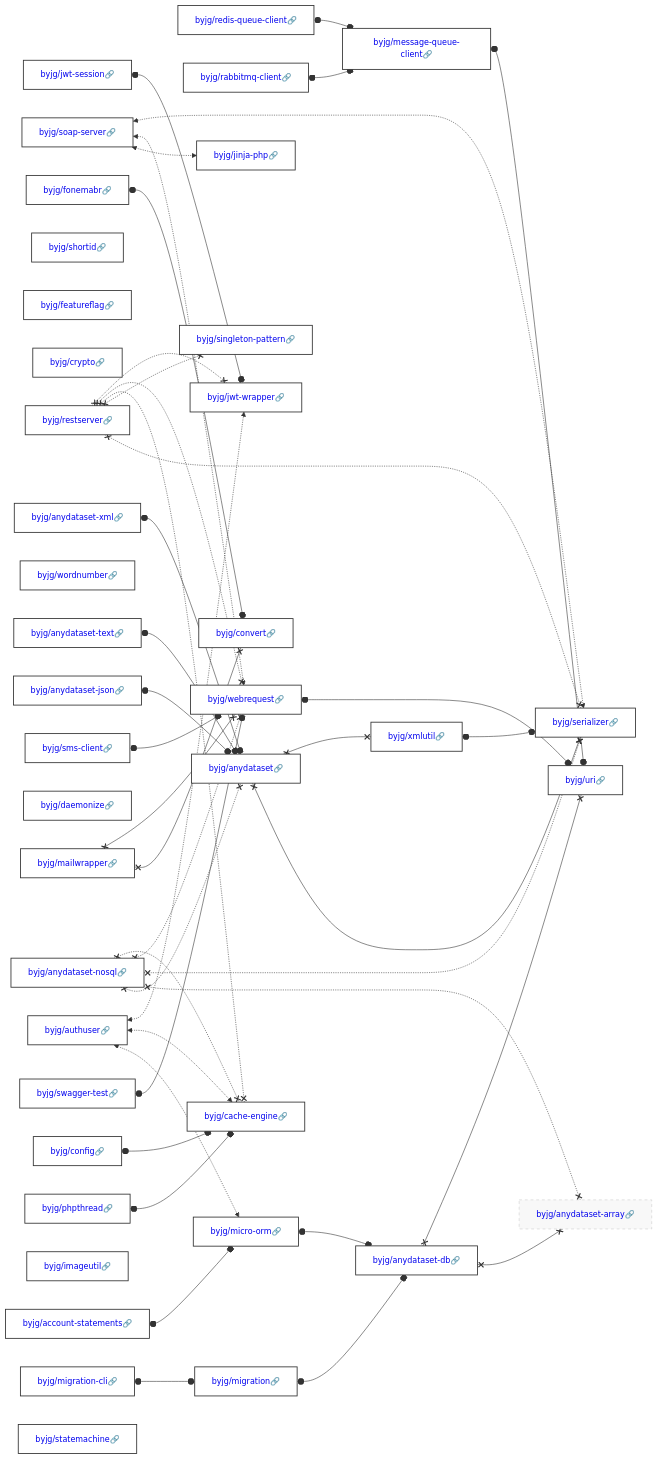
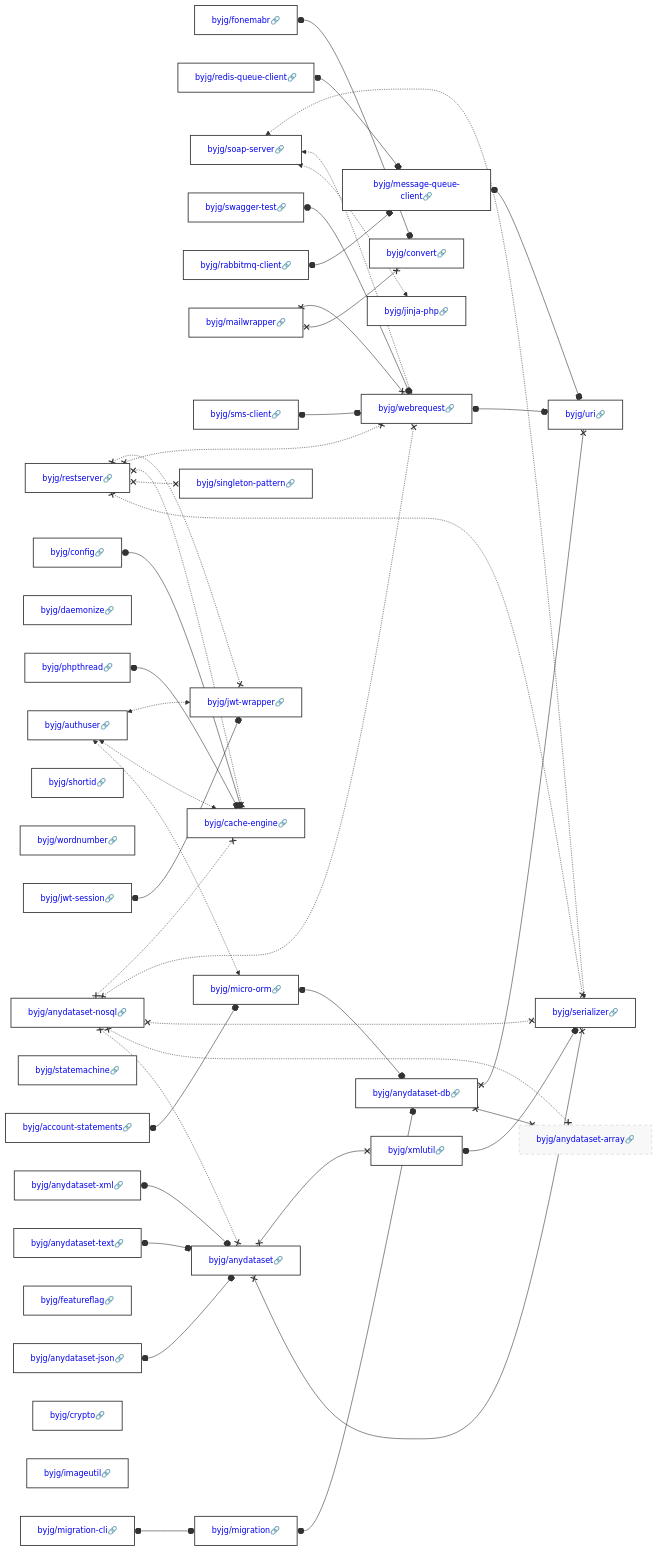
Before and after one commit to byjg/byjg.github.io: the diagram in docs/php/README.md, drawn with Mermaid. The commit also changed other lines of this file and 15 other files, not shown here.

Commit message:
Update documentation 'php' 'php-cache-engine'

````diff
--- a/docs/php/README.md
+++ b/docs/php/README.md
@@ -3,39 +3,39 @@
 ```mermaid
 graph LR;
+  byjg/fonemabr[<a href='https://opensource.byjg.com/docs/php/fonemabr' style='text-decoration:none'>byjg/fonemabr🔗</a>];
+  byjg/redis-queue-client[<a href='https://opensource.byjg.com/docs/php/redis-queue-client' style='text-decoration:none'>byjg/redis-queue-client🔗</a>];
   byjg/anydataset-nosql[<a href='https://opensource.byjg.com/docs/php/anydataset-nosql' style='text-decoration:none'>byjg/anydataset-nosql🔗</a>];
+  byjg/phpthread[<a href='https://opensource.byjg.com/docs/php/phpthread' style='text-decoration:none'>byjg/phpthread🔗</a>];
+  byjg/daemonize[<a href='https://opensource.byjg.com/docs/php/daemonize' style='text-decoration:none'>byjg/daemonize🔗</a>];
+  byjg/anydataset-json[<a href='https://opensource.byjg.com/docs/php/anydataset-json' style='text-decoration:none'>byjg/anydataset-json🔗</a>];
   byjg/soap-server[<a href='https://opensource.byjg.com/docs/php/soap-server' style='text-decoration:none'>byjg/soap-server🔗</a>];
+  byjg/account-statements[<a href='https://opensource.byjg.com/docs/php/account-statements' style='text-decoration:none'>byjg/account-statements🔗</a>];
+  byjg/shortid[<a href='https://opensource.byjg.com/docs/php/shortid' style='text-decoration:none'>byjg/shortid🔗</a>];
+  byjg/swagger-test[<a href='https://opensource.byjg.com/docs/php/swagger-test' style='text-decoration:none'>byjg/swagger-test🔗</a>];
+  byjg/wordnumber[<a href='https://opensource.byjg.com/docs/php/wordnumber' style='text-decoration:none'>byjg/wordnumber🔗</a>];
+  byjg/rabbitmq-client[<a href='https://opensource.byjg.com/docs/php/rabbitmq-client' style='text-decoration:none'>byjg/rabbitmq-client🔗</a>];
+  byjg/config[<a href='https://opensource.byjg.com/docs/php/config' style='text-decoration:none'>byjg/config🔗</a>];
+  byjg/authuser[<a href='https://opensource.byjg.com/docs/php/authuser' style='text-decoration:none'>byjg/authuser🔗</a>];
+  byjg/statemachine[<a href='https://opensource.byjg.com/docs/php/statemachine' style='text-decoration:none'>byjg/statemachine🔗</a>];
+  byjg/mailwrapper[<a href='https://opensource.byjg.com/docs/php/mailwrapper' style='text-decoration:none'>byjg/mailwrapper🔗</a>];
+  byjg/sms-client[<a href='https://opensource.byjg.com/docs/php/sms-client' style='text-decoration:none'>byjg/sms-client🔗</a>];
+  byjg/migration-cli[<a href='https://opensource.byjg.com/docs/php/migration-cli' style='text-decoration:none'>byjg/migration-cli🔗</a>];
   byjg/jwt-session[<a href='https://opensource.byjg.com/docs/php/jwt-session' style='text-decoration:none'>byjg/jwt-session🔗</a>];
-  byjg/shortid[<a href='https://opensource.byjg.com/docs/php/shortid' style='text-decoration:none'>byjg/shortid🔗</a>];
+  byjg/anydataset-text[<a href='https://opensource.byjg.com/docs/php/anydataset-text' style='text-decoration:none'>byjg/anydataset-text🔗</a>];
   byjg/featureflag[<a href='https://opensource.byjg.com/docs/php/featureflag' style='text-decoration:none'>byjg/featureflag🔗</a>];
+  byjg/restserver[<a href='https://opensource.byjg.com/docs/php/restserver' style='text-decoration:none'>byjg/restserver🔗</a>];
   byjg/crypto[<a href='https://opensource.byjg.com/docs/php/crypto' style='text-decoration:none'>byjg/crypto🔗</a>];
-  byjg/redis-queue-client[<a href='https://opensource.byjg.com/docs/php/redis-queue-client' style='text-decoration:none'>byjg/redis-queue-client🔗</a>];
-  byjg/migration-cli[<a href='https://opensource.byjg.com/docs/php/migration-cli' style='text-decoration:none'>byjg/migration-cli🔗</a>];
-  byjg/config[<a href='https://opensource.byjg.com/docs/php/config' style='text-decoration:none'>byjg/config🔗</a>];
-  byjg/wordnumber[<a href='https://opensource.byjg.com/docs/php/wordnumber' style='text-decoration:none'>byjg/wordnumber🔗</a>];
-  byjg/anydataset-json[<a href='https://opensource.byjg.com/docs/php/anydataset-json' style='text-decoration:none'>byjg/anydataset-json🔗</a>];
-  byjg/restserver[<a href='https://opensource.byjg.com/docs/php/restserver' style='text-decoration:none'>byjg/restserver🔗</a>];
-  byjg/authuser[<a href='https://opensource.byjg.com/docs/php/authuser' style='text-decoration:none'>byjg/authuser🔗</a>];
-  byjg/daemonize[<a href='https://opensource.byjg.com/docs/php/daemonize' style='text-decoration:none'>byjg/daemonize🔗</a>];
-  byjg/rabbitmq-client[<a href='https://opensource.byjg.com/docs/php/rabbitmq-client' style='text-decoration:none'>byjg/rabbitmq-client🔗</a>];
-  byjg/mailwrapper[<a href='https://opensource.byjg.com/docs/php/mailwrapper' style='text-decoration:none'>byjg/mailwrapper🔗</a>];
-  byjg/fonemabr[<a href='https://opensource.byjg.com/docs/php/fonemabr' style='text-decoration:none'>byjg/fonemabr🔗</a>];
-  byjg/swagger-test[<a href='https://opensource.byjg.com/docs/php/swagger-test' style='text-decoration:none'>byjg/swagger-test🔗</a>];
-  byjg/sms-client[<a href='https://opensource.byjg.com/docs/php/sms-client' style='text-decoration:none'>byjg/sms-client🔗</a>];
-  byjg/account-statements[<a href='https://opensource.byjg.com/docs/php/account-statements' style='text-decoration:none'>byjg/account-statements🔗</a>];
+  byjg/imageutil[<a href='https://opensource.byjg.com/docs/php/imageutil' style='text-decoration:none'>byjg/imageutil🔗</a>];
   byjg/anydataset-xml[<a href='https://opensource.byjg.com/docs/php/anydataset-xml' style='text-decoration:none'>byjg/anydataset-xml🔗</a>];
-  byjg/imageutil[<a href='https://opensource.byjg.com/docs/php/imageutil' style='text-decoration:none'>byjg/imageutil🔗</a>];
-  byjg/phpthread[<a href='https://opensource.byjg.com/docs/php/phpthread' style='text-decoration:none'>byjg/phpthread🔗</a>];
-  byjg/anydataset-text[<a href='https://opensource.byjg.com/docs/php/anydataset-text' style='text-decoration:none'>byjg/anydataset-text🔗</a>];
-  byjg/statemachine[<a href='https://opensource.byjg.com/docs/php/statemachine' style='text-decoration:none'>byjg/statemachine🔗</a>];
   byjg/jinja-php[<a href='https://opensource.byjg.com/docs/php/jinja-php' style='text-decoration:none'>byjg/jinja-php🔗</a>];
+  byjg/message-queue-client[<a href='https://opensource.byjg.com/docs/php/message-queue-client' style='text-decoration:none'>byjg/message-queue-client🔗</a>];
+  byjg/micro-orm[<a href='https://opensource.byjg.com/docs/php/micro-orm' style='text-decoration:none'>byjg/micro-orm🔗</a>];
+  byjg/convert[<a href='https://opensource.byjg.com/docs/php/convert' style='text-decoration:none'>byjg/convert🔗</a>];
   byjg/migration[<a href='https://opensource.byjg.com/docs/php/migration' style='text-decoration:none'>byjg/migration🔗</a>];
   byjg/singleton-pattern[<a href='https://opensource.byjg.com/docs/php/singleton-pattern' style='text-decoration:none'>byjg/singleton-pattern🔗</a>];
+  byjg/cache-engine[<a href='https://opensource.byjg.com/docs/php/cache-engine' style='text-decoration:none'>byjg/cache-engine🔗</a>];
+  byjg/webrequest[<a href='https://opensource.byjg.com/docs/php/webrequest' style='text-decoration:none'>byjg/webrequest🔗</a>];
   byjg/jwt-wrapper[<a href='https://opensource.byjg.com/docs/php/jwt-wrapper' style='text-decoration:none'>byjg/jwt-wrapper🔗</a>];
-  byjg/message-queue-client[<a href='https://opensource.byjg.com/docs/php/message-queue-client' style='text-decoration:none'>byjg/message-queue-client🔗</a>];
-  byjg/convert[<a href='https://opensource.byjg.com/docs/php/convert' style='text-decoration:none'>byjg/convert🔗</a>];
-  byjg/webrequest[<a href='https://opensource.byjg.com/docs/php/webrequest' style='text-decoration:none'>byjg/webrequest🔗</a>];
-  byjg/micro-orm[<a href='https://opensource.byjg.com/docs/php/micro-orm' style='text-decoration:none'>byjg/micro-orm🔗</a>];
-  byjg/cache-engine[<a href='https://opensource.byjg.com/docs/php/cache-engine' style='text-decoration:none'>byjg/cache-engine🔗</a>];
   byjg/anydataset[<a href='https://opensource.byjg.com/docs/php/anydataset' style='text-decoration:none'>byjg/anydataset🔗</a>];
   byjg/anydataset-db[<a href='https://opensource.byjg.com/docs/php/anydataset-db' style='text-decoration:none'>byjg/anydataset-db🔗</a>];
   byjg/xmlutil[<a href='https://opensource.byjg.com/docs/php/xmlutil' style='text-decoration:none'>byjg/xmlutil🔗</a>];
````
